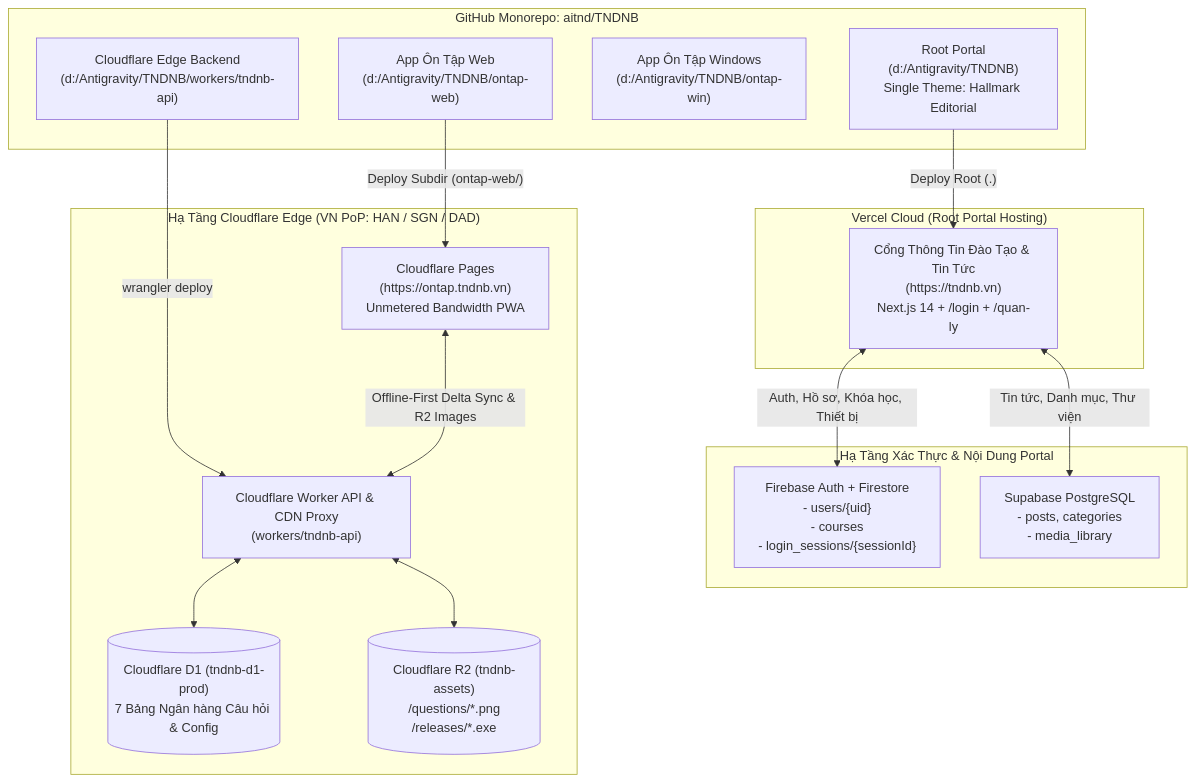
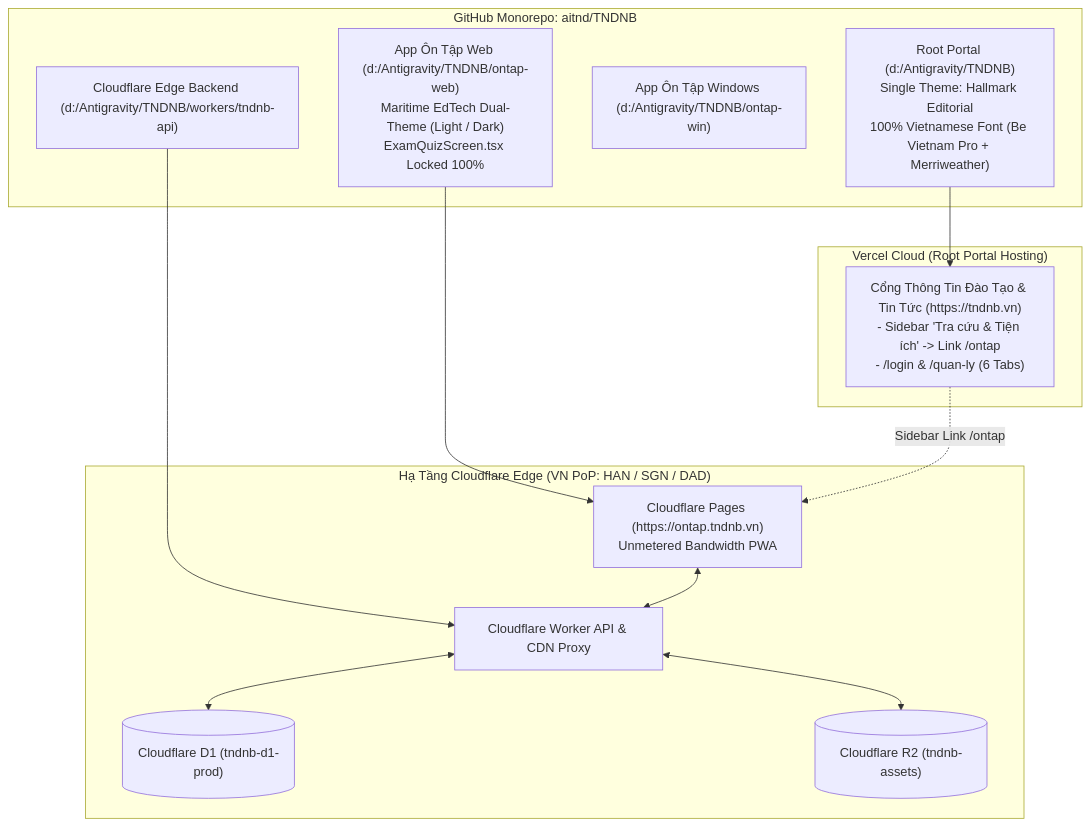
One commit to aitnd/TNDNB changed the diagram in docs/DESIGN.md. Above: the diagram before and after it, drawn with Mermaid. The commit also changed other lines of this file and 394 other files, not shown here.

Commit message:
feat: dai tu giao dien ontap-web, trien khai ha tang cloudflare edge d1 r2 kv va upload bai viet r2

````diff
--- a/docs/DESIGN.md
+++ b/docs/DESIGN.md
@@ -113,35 +57,28 @@
 ```mermaid
 flowchart TD
     subgraph Monorepo["GitHub Monorepo: aitnd/TNDNB"]
-        CodePortal["Root Portal\n(d:/Antigravity/TNDNB)\nSingle Theme: Hallmark Editorial"]
-        CodeWeb["App Ôn Tập Web\n(d:/Antigravity/TNDNB/ontap-web)"]
-        CodeWin["App Ôn Tập Windows\n(d:/Antigravity/TNDNB/ontap-win)"]
-        CodeWorker["Cloudflare Edge Backend\n(d:/Antigravity/TNDNB/workers/tndnb-api)"]
+        CodePortal["Root Portal (d:/Antigravity/TNDNB)\nSingle Theme: Hallmark Editorial\n100% Vietnamese Font (Be Vietnam Pro + Merriweather)"]
+        CodeWeb["App Ôn Tập Web (d:/Antigravity/TNDNB/ontap-web)\nMaritime EdTech Dual-Theme (Light / Dark)\nExamQuizScreen.tsx Locked 100%"]
+        CodeWin["App Ôn Tập Windows (d:/Antigravity/TNDNB/ontap-win)"]
+        CodeWorker["Cloudflare Edge Backend (d:/Antigravity/TNDNB/workers/tndnb-api)"]
     end
 
     subgraph VercelCloud["Vercel Cloud (Root Portal Hosting)"]
-        VercelPortal["Cổng Thông Tin Đào Tạo & Tin Tức\n(https://tndnb.vn)\nNext.js 14 + /login + /quan-ly"]
-    end
-
-    subgraph AuthAndCMS["Hạ Tầng Xác Thực & Nội Dung Portal"]
-        FirebaseAuth["Firebase Auth + Firestore\n- users/{uid}\n- courses\n- login_sessions/{sessionId}"]
-        SupabaseCMS["Supabase PostgreSQL\n- posts, categories\n- media_library"]
+        VercelPortal["Cổng Thông Tin Đào Tạo & Tin Tức (https://tndnb.vn)\n- Sidebar 'Tra cứu & Tiện ích' -> Link /ontap\n- /login & /quan-ly (6 Tabs)"]
     end
 
     subgraph CloudflareEdge["Hạ Tầng Cloudflare Edge (VN PoP: HAN / SGN / DAD)"]
-        CFPages["Cloudflare Pages\n(https://ontap.tndnb.vn)\nUnmetered Bandwidth PWA"]
-        CFWorker["Cloudflare Worker API & CDN Proxy\n(workers/tndnb-api)"]
-        CFD1[("Cloudflare D1 (tndnb-d1-prod)\n7 Bảng Ngân hàng Câu hỏi & Config")]
-        CFR2[("Cloudflare R2 (tndnb-assets)\n/questions/*.png\n/releases/*.exe")]
+        CFPages["Cloudflare Pages (https://ontap.tndnb.vn)\nUnmetered Bandwidth PWA"]
+        CFWorker["Cloudflare Worker API & CDN Proxy"]
+        CFD1[("Cloudflare D1 (tndnb-d1-prod)")]
+        CFR2[("Cloudflare R2 (tndnb-assets)")]
     end
 
-    CodePortal -->|"Deploy Root (.)"| VercelPortal
-    CodeWeb -->|"Deploy Subdir (ontap-web/)"| CFPages
-    CodeWorker -->|"wrangler deploy"| CFWorker
-
-    VercelPortal <-->|"Auth, Hồ sơ, Khóa học, Thiết bị"| FirebaseAuth
-    VercelPortal <-->|"Tin tức, Danh mục, Thư viện"| SupabaseCMS
-    CFPages <-->|"Offline-First Delta Sync & R2 Images"| CFWorker
+    CodePortal --> VercelPortal
+    CodeWeb --> CFPages
+    CodeWorker --> CFWorker
+    VercelPortal -.->|"Sidebar Link /ontap"| CFPages
+    CFPages <--> CFWorker
     CFWorker <--> CFD1
     CFWorker <--> CFR2
 ```
````
